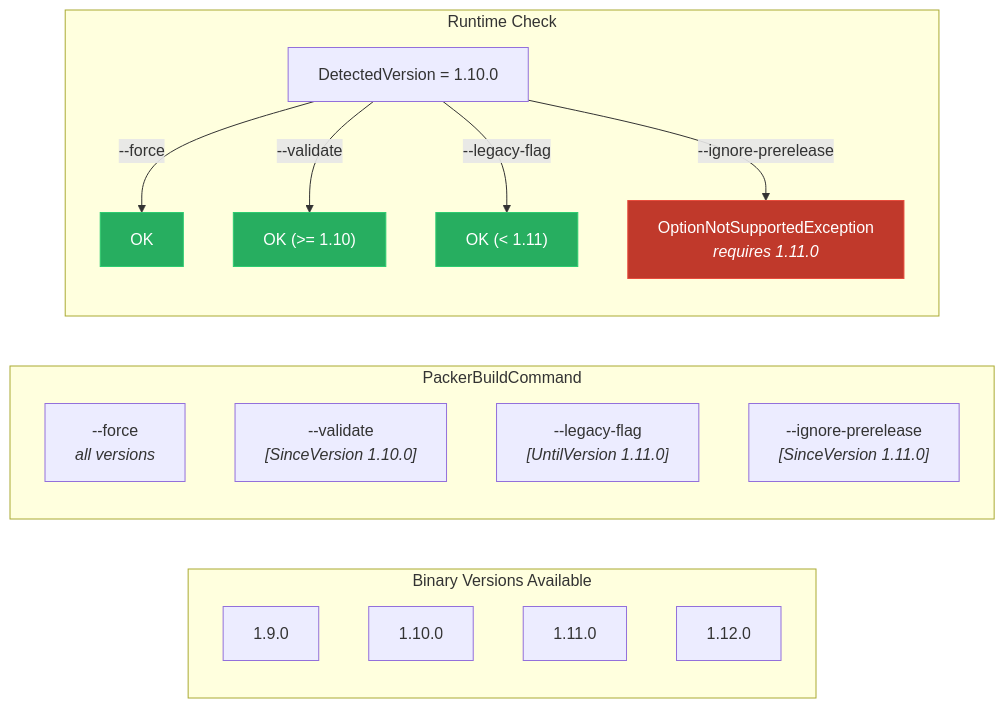
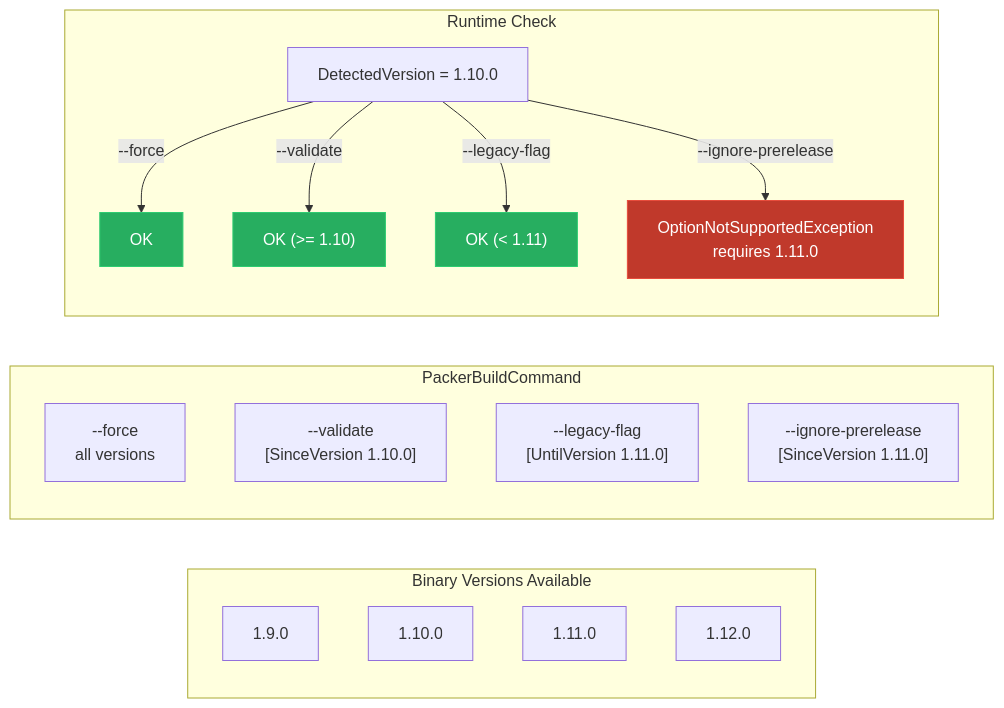
Before and after one commit to FrenchExDev/FrenchExDev: the sixth of 14 diagrams in Net/FrenchExDev/BinaryWrapper/doc/ARCHITECTURE.md, drawn with Mermaid. The commit also changed other lines of this file and 2 other files, not shown here.

````diff
--- a/Net/FrenchExDev/BinaryWrapper/doc/ARCHITECTURE.md
+++ b/Net/FrenchExDev/BinaryWrapper/doc/ARCHITECTURE.md
@@ -387,29 +387,29 @@
 ```mermaid
 flowchart LR
     subgraph Versions["Binary Versions Available"]
         V1["1.9.0"]
         V2["1.10.0"]
         V3["1.11.0"]
         V4["1.12.0"]
     end
 
     subgraph Command["PackerBuildCommand"]
-        O1["--force<br><i>all versions</i>"]
-        O2["--validate<br><i>[SinceVersion 1.10.0]</i>"]
-        O3["--legacy-flag<br><i>[UntilVersion 1.11.0]</i>"]
-        O4["--ignore-prerelease<br><i>[SinceVersion 1.11.0]</i>"]
+        O1["--force<br>all versions"]
+        O2["--validate<br>[SinceVersion 1.10.0]"]
+        O3["--legacy-flag<br>[UntilVersion 1.11.0]"]
+        O4["--ignore-prerelease<br>[SinceVersion 1.11.0]"]
     end
 
     subgraph Runtime["Runtime Check"]
         DV["DetectedVersion = 1.10.0"]
         DV -->|"--force"| OK1["OK"]
         DV -->|"--validate"| OK2["OK (>= 1.10)"]
         DV -->|"--legacy-flag"| OK3["OK (< 1.11)"]
-        DV -->|"--ignore-prerelease"| FAIL["OptionNotSupportedException<br><i>requires 1.11.0</i>"]
+        DV -->|"--ignore-prerelease"| FAIL["OptionNotSupportedException<br>requires 1.11.0"]
     end
 
     style FAIL fill:#c0392b,stroke:#e74c3c,color:#fff
     style OK1 fill:#27ae60,stroke:#2ecc71,color:#fff
     style OK2 fill:#27ae60,stroke:#2ecc71,color:#fff
     style OK3 fill:#27ae60,stroke:#2ecc71,color:#fff
 ```
````
